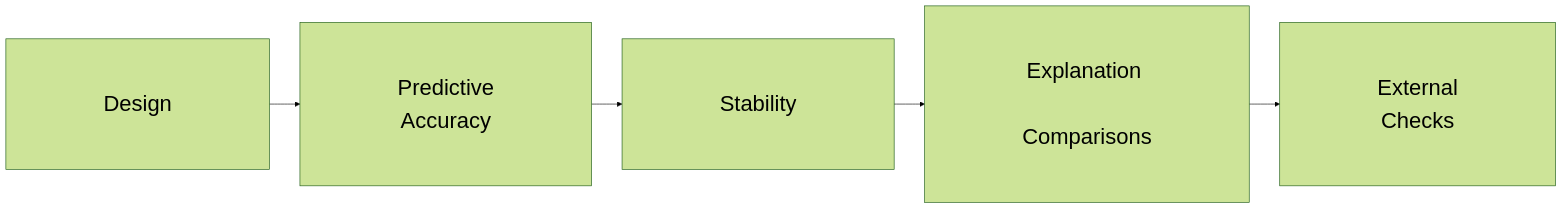
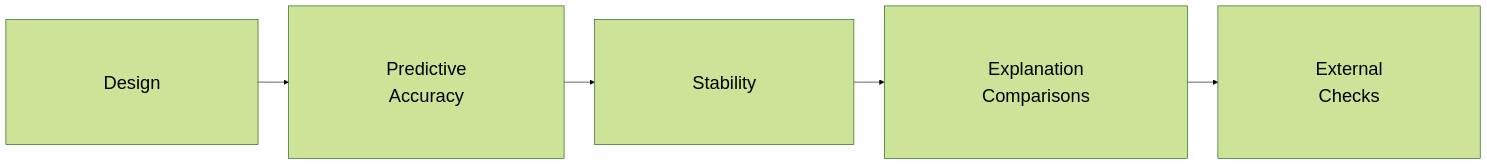
One commit to krisrs1128/stat479 changed the diagram in notes/02-definitions.qmd. Above: the diagram before and after it, drawn with Mermaid. The commit also changed other lines of this file and 3 other files, not shown here.

````diff
--- a/notes/02-definitions.qmd
+++ b/notes/02-definitions.qmd
@@ -200,8 +190,8 @@
 ```{mermaid}
-%%{init: {'theme':'forest', 'themeVariables': {'fontSize':'36px', 'fontFamily':'arial'}, 'flowchart': {'padding': 80}}}%%
+%%{init: {'theme':'forest', 'themeVariables': {'fontSize':'30px', 'fontFamily':'arial'}, 'flowchart': {'padding': 80}}}%%
 graph LR
     A[Design] --> B[Predictive <br/> Accuracy]
     B --> C[Stability]
     C --> D[Explanation <br/> Comparisons]
     D --> E[External <br/> Checks]
 ```
````
